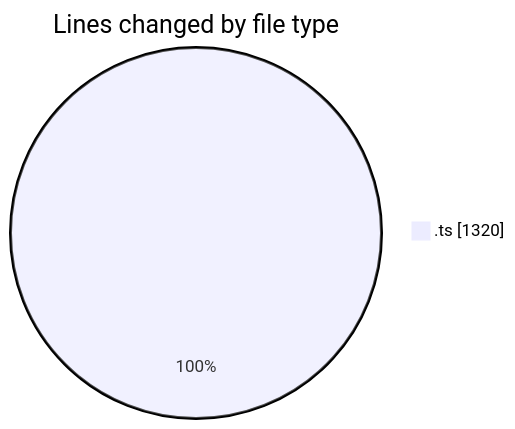
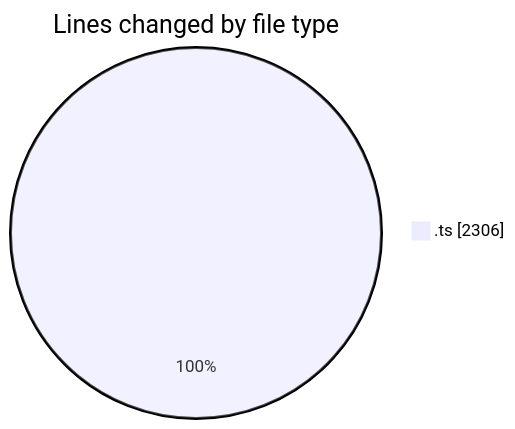
One commit to momahboobian/code-tracking changed the first of 2 diagrams in 2025-10-30/cda/README.md. Above: the diagram before and after it, drawn with Mermaid. The commit also changed other lines of this file and 1 other file, not shown here.

````diff
--- a/2025-10-30/cda/README.md
+++ b/2025-10-30/cda/README.md
@@ -22,5 +22,5 @@
 ```mermaid
 pie showData
 title Lines changed by file type
-".ts" : 1320
+".ts" : 2306
 ```
````
